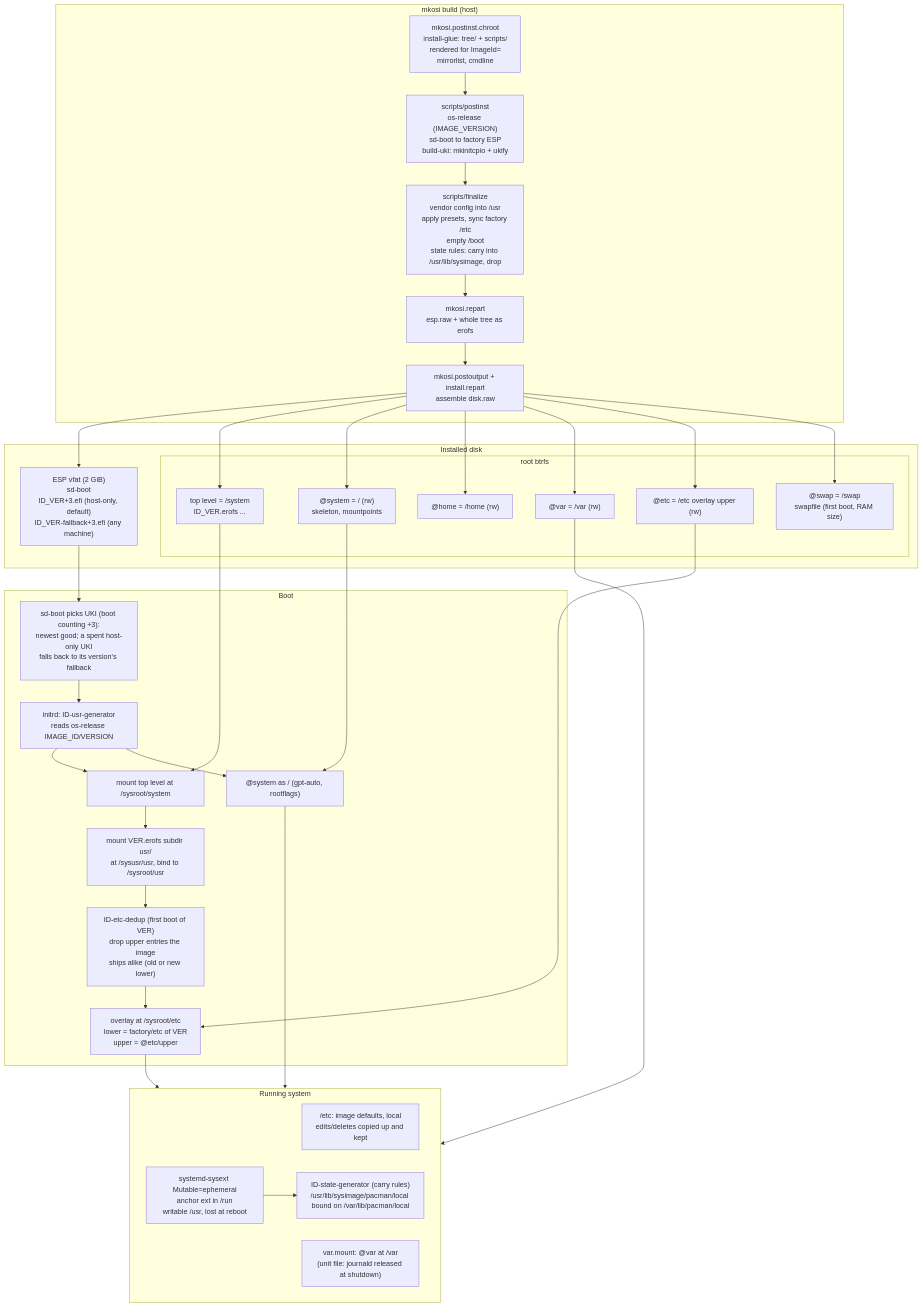
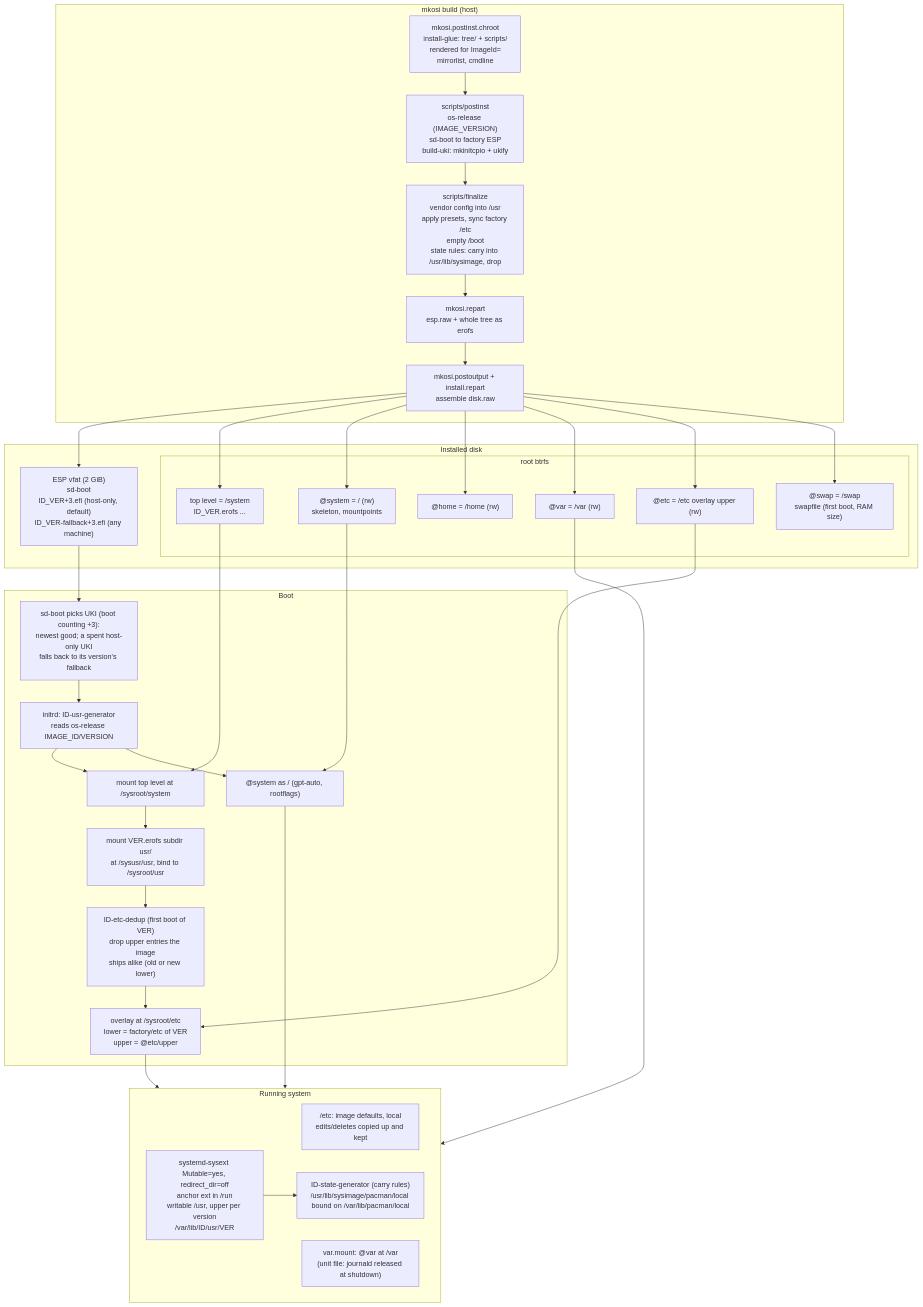
One commit to h8d13/caeoma changed the first of 2 diagrams in docs/DESIGN.md. Above: the diagram before and after it, drawn with Mermaid. The commit also changed 8 other files, not shown here.

First line of the commit message:
feat(sysext): persistent /usr upper per image version

````diff
--- a/docs/DESIGN.md
+++ b/docs/DESIGN.md
@@ -7,60 +7,60 @@
 ```mermaid
 flowchart TD
 	subgraph BUILD["mkosi build (host)"]
 		P["mkosi.postinst.chroot<br/>install-glue: tree/ + scripts/<br/>rendered for ImageId=<br/>mirrorlist, cmdline"]
 		PI["scripts/postinst<br/>os-release (IMAGE_VERSION)<br/>sd-boot to factory ESP<br/>build-uki: mkinitcpio + ukify"]
 		F["scripts/finalize<br/>vendor config into /usr<br/>apply presets, sync factory /etc<br/>empty /boot<br/>state rules: carry into /usr/lib/sysimage, drop"]
 		R["mkosi.repart<br/>esp.raw + whole tree as erofs"]
 		PO["mkosi.postoutput + install.repart<br/>assemble disk.raw"]
 		P --> PI --> F --> R --> PO
 	end
 
 	subgraph DISK["Installed disk"]
 		ESP["ESP vfat (2 GiB)<br/>sd-boot<br/>ID_VER+3.efi (host-only, default)<br/>ID_VER-fallback+3.efi (any machine)"]
 		subgraph BTRFS["root btrfs"]
 			TOP["top level = /system<br/>ID_VER.erofs ..."]
 			SYS["@system = / (rw)<br/>skeleton, mountpoints"]
 			HOME["@home = /home (rw)"]
 			VAR["@var = /var (rw)"]
 			ETCU["@etc = /etc overlay upper (rw)"]
 			SWAP["@swap = /swap<br/>swapfile (first boot, RAM size)"]
 		end
 	end
 
 	PO --> ESP
 	PO --> TOP
 	PO --> SYS
 	PO --> HOME
 	PO --> VAR
 	PO --> ETCU
 	PO --> SWAP
 
 	subgraph BOOT["Boot"]
 		SB["sd-boot picks UKI (boot counting +3):<br/>newest good; a spent host-only UKI<br/>falls back to its version's fallback"]
 		GEN["initrd: ID-usr-generator<br/>reads os-release IMAGE_ID/VERSION"]
 		M1["mount top level at /sysroot/system"]
 		M2["mount VER.erofs subdir usr/<br/>at /sysusr/usr, bind to /sysroot/usr"]
 		ROOT["@system as / (gpt-auto, rootflags)"]
 		DD["ID-etc-dedup (first boot of VER)<br/>drop upper entries the image<br/>ships alike (old or new lower)"]
 		M3["overlay at /sysroot/etc<br/>lower = factory/etc of VER<br/>upper = @etc/upper"]
 		SB --> GEN --> M1 --> M2 --> DD --> M3
 		GEN --> ROOT
 	end
 
 	ESP --> SB
 	TOP --> M1
 	SYS --> ROOT
 	ETCU --> M3
 	VAR --> RUN
 
 	subgraph RUN["Running system"]
 		ETC["/etc: image defaults, local<br/>edits/deletes copied up and kept"]
 		VM["var.mount: @var at /var<br/>(unit file: journald released at shutdown)"]
 		PAC["ID-state-generator (carry rules)<br/>/usr/lib/sysimage/pacman/local bound on /var/lib/pacman/local"]
-		SX["systemd-sysext Mutable=ephemeral<br/>anchor ext in /run<br/>writable /usr, lost at reboot"]
+		SX["systemd-sysext Mutable=yes, redirect_dir=off<br/>anchor ext in /run<br/>writable /usr, upper per version<br/>/var/lib/ID/usr/VER"]
 		SX --> PAC
 	end
 
 	M3 --> RUN
 	ROOT --> RUN
 ```
````
